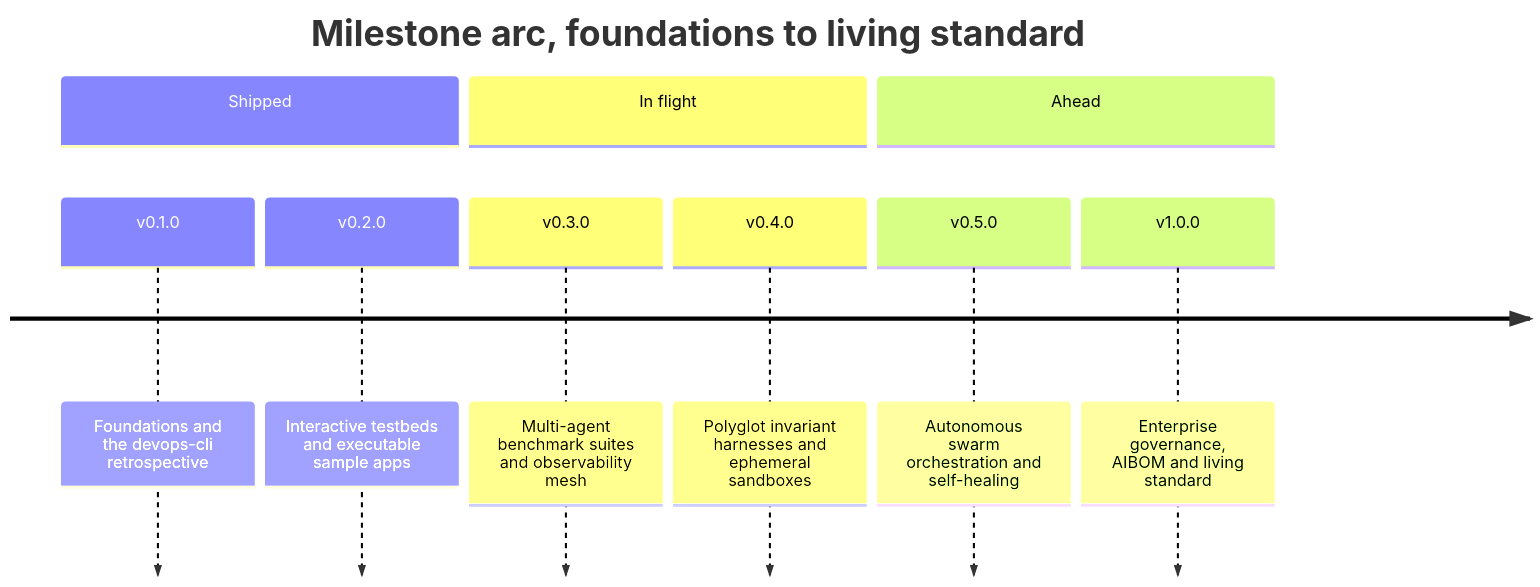
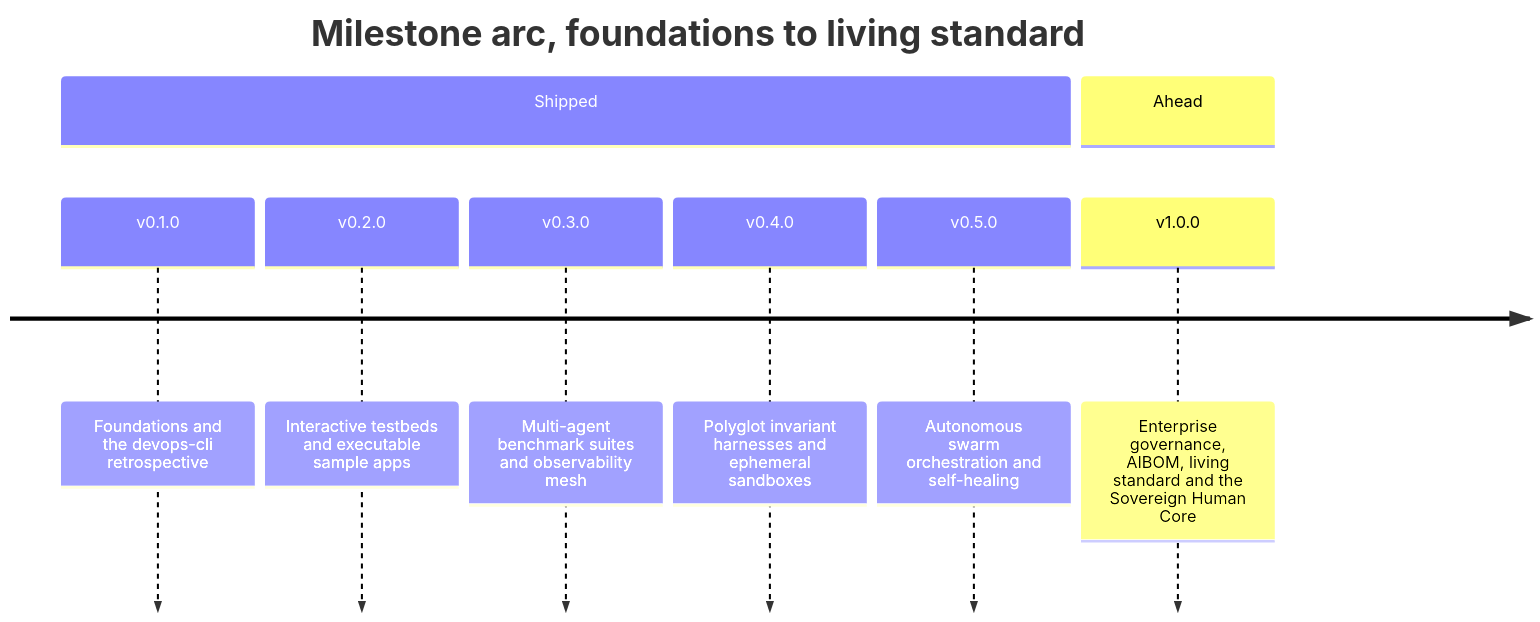
The first of 2 diagrams in docs/ROADMAP.md (dan-petty/vibes), drawn with Mermaid before and after one commit. The commit also changed other lines of this file and 4 other files, not shown here.

Commit message:
feat(docs): reshape project context around Sovereign Human Core and 7th Manifesto Pillar (#83)

````diff
--- a/docs/ROADMAP.md
+++ b/docs/ROADMAP.md
@@ -20,13 +20,12 @@
 ```mermaid
 timeline
     title Milestone arc, foundations to living standard
     section Shipped
         v0.1.0 : Foundations and the devops-cli retrospective
         v0.2.0 : Interactive testbeds and executable sample apps
-    section In flight
         v0.3.0 : Multi-agent benchmark suites and observability mesh
         v0.4.0 : Polyglot invariant harnesses and ephemeral sandboxes
+        v0.5.0 : Autonomous swarm orchestration and self-healing
     section Ahead
-        v0.5.0 : Autonomous swarm orchestration and self-healing
-        v1.0.0 : Enterprise governance, AIBOM and living standard
+        v1.0.0 : Enterprise governance, AIBOM, living standard and the Sovereign Human Core
 ```
````
